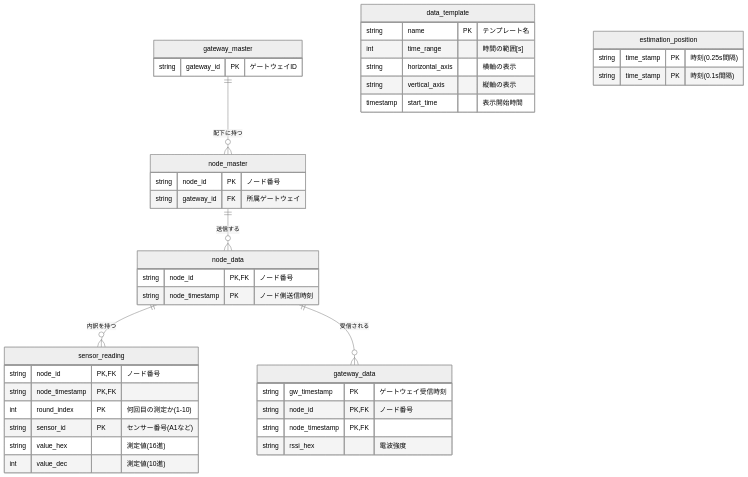
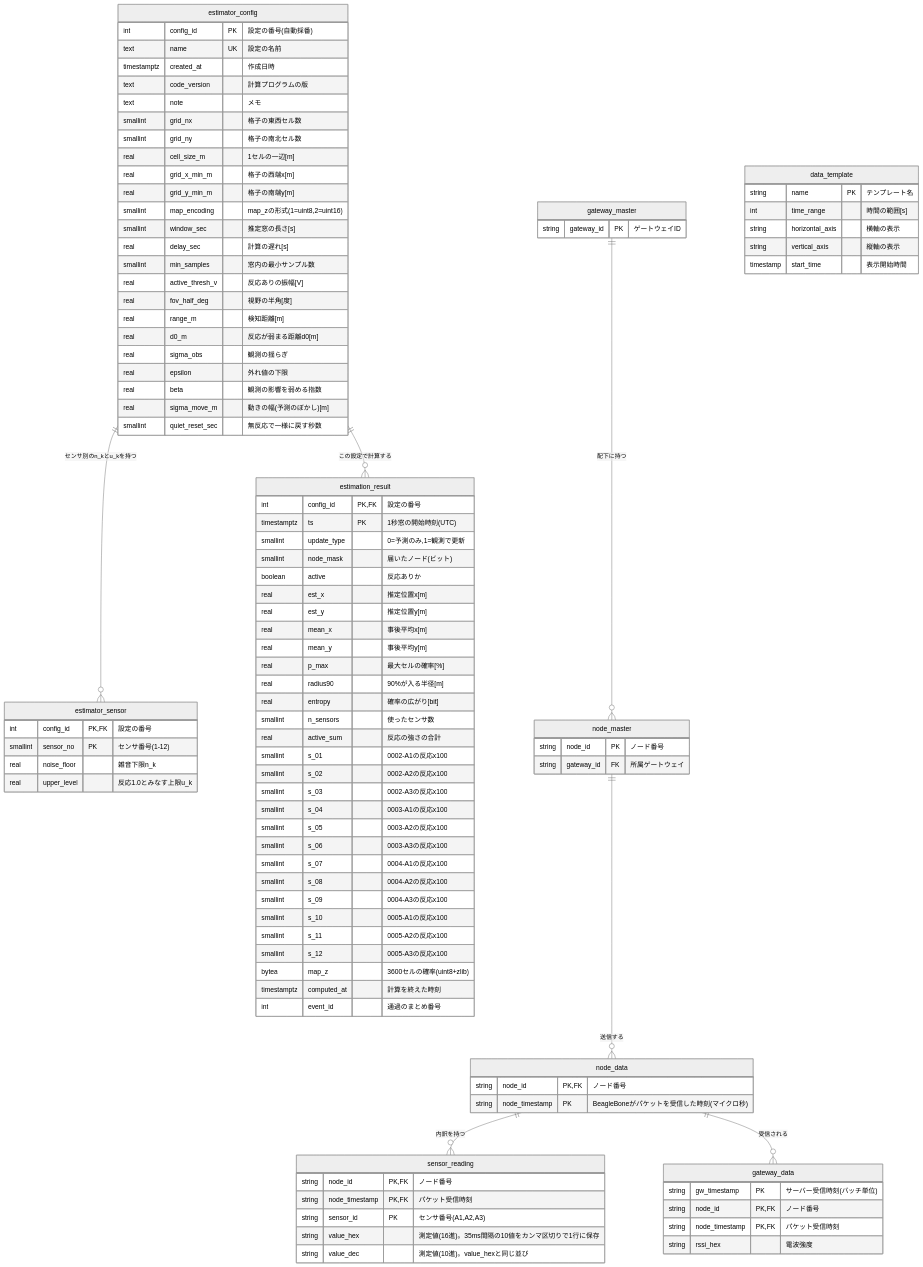
Before and after one commit to ShouSawa/AnimalMiru: the diagram in UML/ER_diagram.md, drawn with Mermaid (neutral theme). The commit also changed 74 other files, not shown here.

````diff
--- a/UML/ER_diagram.md
+++ b/UML/ER_diagram.md
@@ -1,6 +1,74 @@
 ```mermaid
 erDiagram
-  gateway_master {
+  estimator_config {
+    int config_id PK "設定の番号(自動採番)"
+    text name UK "設定の名前"
+    timestamptz created_at "作成日時"
+    text code_version "計算プログラムの版"
+    text note "メモ"
+    smallint grid_nx "格子の東西セル数"
+    smallint grid_ny "格子の南北セル数"
+    real cell_size_m "1セルの一辺[m]"
+    real grid_x_min_m "格子の西端x[m]"
+    real grid_y_min_m "格子の南端y[m]"
+    smallint map_encoding "map_zの形式(1=uint8,2=uint16)"
+    smallint window_sec "推定窓の長さ[s]"
+    real delay_sec "計算の遅れ[s]"
+    smallint min_samples "窓内の最小サンプル数"
+    real active_thresh_v "反応ありの振幅[V]"
+    real fov_half_deg "視野の半角[度]"
+    real range_m "検知距離[m]"
+    real d0_m "反応が弱まる距離d0[m]"
+    real sigma_obs "観測の揺らぎ"
+    real epsilon "外れ値の下限"
+    real beta "観測の影響を弱める指数"
+    real sigma_move_m "動きの幅(予測のぼかし)[m]"
+    smallint quiet_reset_sec "無反応で一様に戻す秒数"
+  }
+
+  estimator_sensor {
+    int config_id PK,FK "設定の番号"
+    smallint sensor_no PK "センサ番号(1-12)"
+    real noise_floor "雑音下限n_k"
+    real upper_level "反応1.0とみなす上限u_k"
+  }
+
+  estimation_result {
+    int config_id PK,FK "設定の番号"
+    timestamptz ts PK "1秒窓の開始時刻(UTC)"
+    smallint update_type "0=予測のみ,1=観測で更新"
+    smallint node_mask "届いたノード(ビット)"
+    boolean active "反応ありか"
+    real est_x "推定位置x[m]"
+    real est_y "推定位置y[m]"
+    real mean_x "事後平均x[m]"
+    real mean_y "事後平均y[m]"
+    real p_max "最大セルの確率[%]"
+    real radius90 "90%が入る半径[m]"
+    real entropy "確率の広がり[bit]"
+    smallint n_sensors "使ったセンサ数"
+    real active_sum "反応の強さの合計"
+    smallint s_01 "0002-A1の反応x100"
+    smallint s_02 "0002-A2の反応x100"
+    smallint s_03 "0002-A3の反応x100"
+    smallint s_04 "0003-A1の反応x100"
+    smallint s_05 "0003-A2の反応x100"
+    smallint s_06 "0003-A3の反応x100"
+    smallint s_07 "0004-A1の反応x100"
+    smallint s_08 "0004-A2の反応x100"
+    smallint s_09 "0004-A3の反応x100"
+    smallint s_10 "0005-A1の反応x100"
+    smallint s_11 "0005-A2の反応x100"
+    smallint s_12 "0005-A3の反応x100"
+    bytea map_z "3600セルの確率(uint8+zlib)"
+    timestamptz computed_at "計算を終えた時刻"
+    int event_id "通過のまとめ番号"
+  }
+
+  estimator_config ||--o{ estimator_sensor : "センサ別のn_kとu_kを持つ"
+  estimator_config ||--o{ estimation_result : "この設定で計算する"
+
+    gateway_master {
     string gateway_id PK "ゲートウェイID"
   }
 
@@ -11,22 +79,21 @@
 
   node_data {
     string node_id PK,FK "ノード番号"
-    string node_timestamp PK "ノード側送信時刻"
+    string node_timestamp PK "BeagleBoneがパケットを受信した時刻(マイクロ秒)"
   }
 
   sensor_reading {
     string node_id PK,FK "ノード番号"
-    string node_timestamp PK,FK ""
-    int round_index PK "何回目の測定か(1-10)"
-    string sensor_id PK "センサー番号(A1など)"
-    string value_hex "測定値(16進)"
-    int value_dec "測定値(10進)"
+    string node_timestamp PK,FK "パケット受信時刻"
+    string sensor_id PK "センサ番号(A1,A2,A3)"
+    string value_hex "測定値(16進)。35ms間隔の10値をカンマ区切りで1行に保存"
+    string value_dec "測定値(10進)。value_hexと同じ並び"
   }
 
   gateway_data {
-    string gw_timestamp PK "ゲートウェイ受信時刻"
+    string gw_timestamp PK "サーバー受信時刻(バッチ単位)"
     string node_id PK,FK "ノード番号"
-    string node_timestamp PK,FK ""
+    string node_timestamp PK,FK "パケット受信時刻"
     string rssi_hex "電波強度"
   }
 
@@ -34,6 +101,7 @@
   node_master ||--o{ node_data : "送信する"
   node_data ||--o{ sensor_reading : "内訳を持つ"
   node_data ||--o{ gateway_data : "受信される"
+
 
   data_template {
     string name PK "テンプレート名"
@@ -43,9 +111,4 @@
     timestamp start_time "表示開始時間"
   }
 
-  estimation_position {
-    string time_stamp PK "時刻(0.25s間隔)"
-    string time_stamp PK "時刻(0.1s間隔)"
-  }
-
 ```
````
